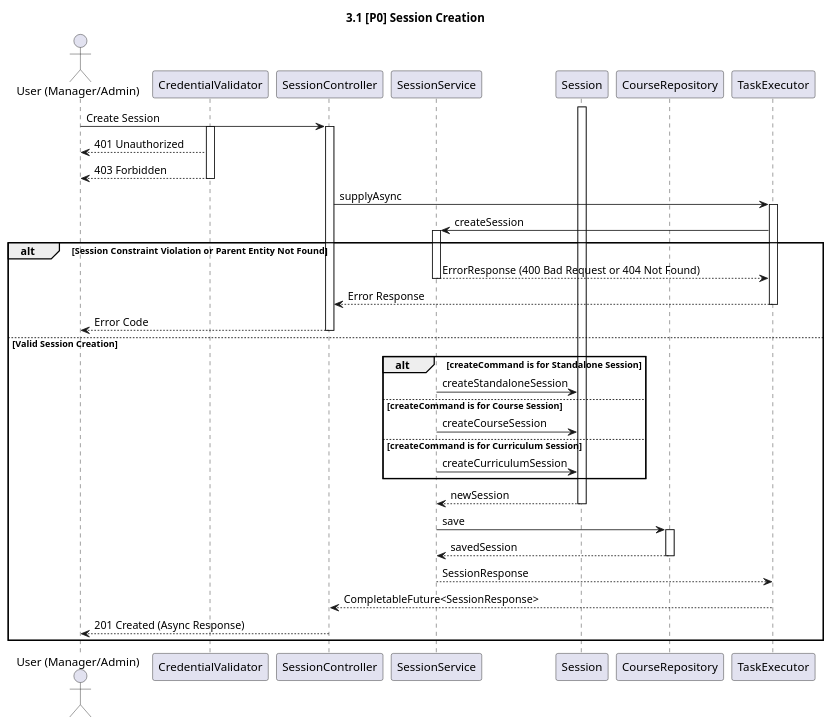
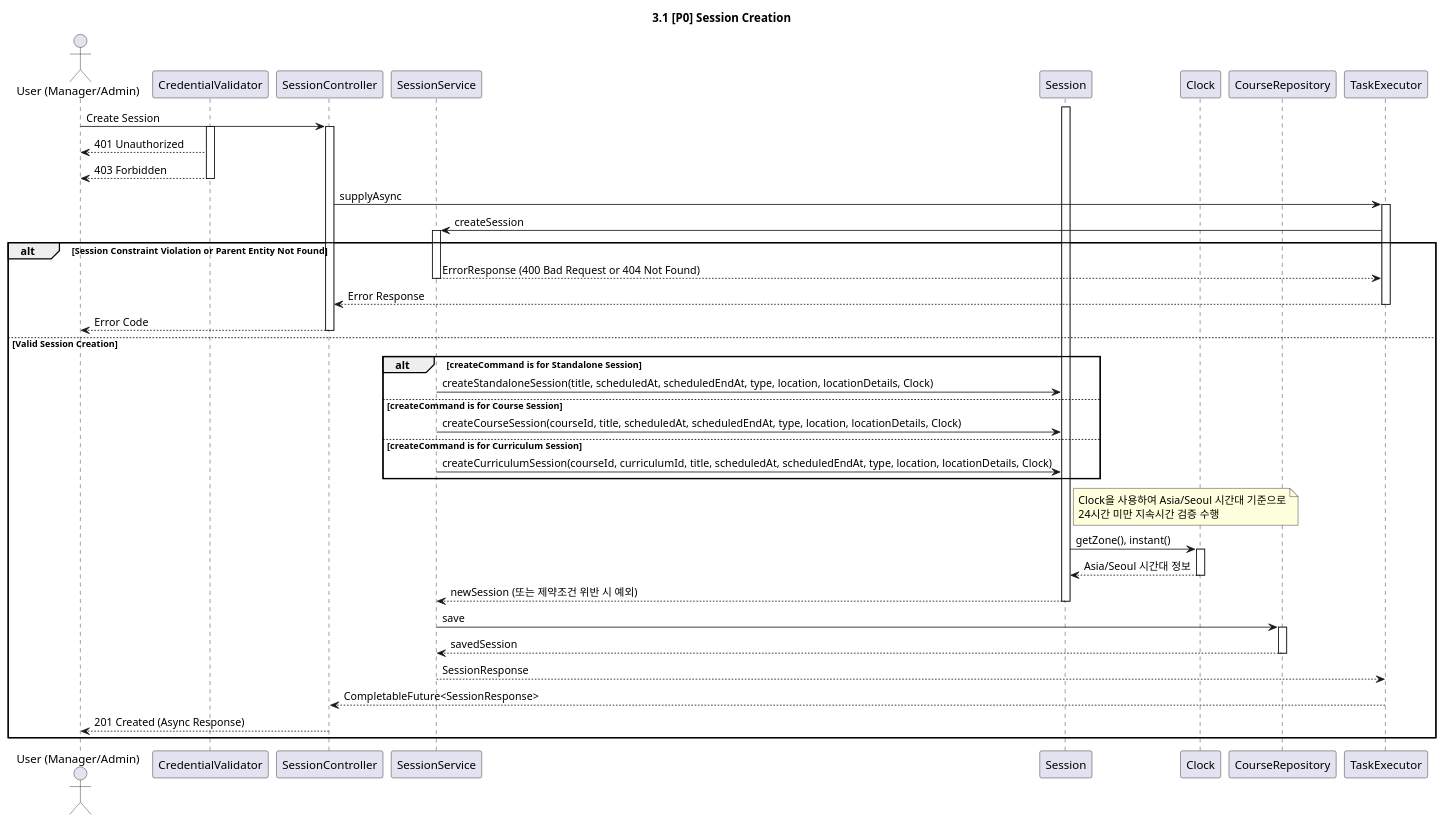
One commit to f-lab-edu/learning-manager changed the diagram in docs/sequences/3.1_session_creation.puml. Above: the diagram before and after it, drawn with PlantUML. The commit also changed 14 other files, not shown here.

```diff
--- a/docs/sequences/3.1_session_creation.puml
+++ b/docs/sequences/3.1_session_creation.puml
@@ -1,61 +1,73 @@
 @startuml
 
 title 3.1 [P0] Session Creation
 
 actor "User (Manager/Admin)" as User
 participant "CredentialValidator" as Validator
 participant "SessionController" as Controller
 participant "SessionService" as AppService
 participant "Session" as SessionDomain
+participant "Clock" as Clock
 participant "CourseRepository" as Repository
 participant "TaskExecutor" as TaskExecutor
 
 User -> Controller: Create Session
 activate Validator
 activate Controller
 Validator --> User: 401 Unauthorized
 Validator --> User: 403 Forbidden
 deactivate Validator
 
 Controller -> TaskExecutor: supplyAsync
 activate TaskExecutor
 
 TaskExecutor -> AppService: createSession
 activate AppService
 alt Session Constraint Violation or Parent Entity Not Found
     AppService --> TaskExecutor: ErrorResponse (400 Bad Request or 404 Not Found)
     deactivate AppService
     TaskExecutor --> Controller: Error Response
     deactivate TaskExecutor
     Controller --> User: Error Code
     deactivate Controller
 else Valid Session Creation
 
 alt createCommand is for Standalone Session
-    AppService -> SessionDomain: createStandaloneSession
+    AppService -> SessionDomain: createStandaloneSession(title, scheduledAt, scheduledEndAt, type, location, locationDetails, Clock)
 else createCommand is for Course Session
-    AppService -> SessionDomain: createCourseSession
+    AppService -> SessionDomain: createCourseSession(courseId, title, scheduledAt, scheduledEndAt, type, location, locationDetails, Clock)
 else createCommand is for Curriculum Session
-    AppService -> SessionDomain: createCurriculumSession
+    AppService -> SessionDomain: createCurriculumSession(courseId, curriculumId, title, scheduledAt, scheduledEndAt, type, location, locationDetails, Clock)
 end
 activate SessionDomain
-SessionDomain --> AppService: newSession
+
+note right of SessionDomain
+  Clock을 사용하여 Asia/Seoul 시간대 기준으로
+  24시간 미만 지속시간 검증 수행
+end note
+
+SessionDomain -> Clock: getZone(), instant()
+activate Clock
+Clock --> SessionDomain: Asia/Seoul 시간대 정보
+deactivate Clock
+
+SessionDomain --> AppService: newSession (또는 제약조건 위반 시 예외)
 deactivate SessionDomain
 
 AppService -> Repository: save
 activate Repository
 Repository --> AppService: savedSession
 deactivate Repository
 
 AppService --> TaskExecutor: SessionResponse
 deactivate AppService
 
 TaskExecutor --> Controller: CompletableFuture<SessionResponse>
 deactivate TaskExecutor
 
 Controller --> User: 201 Created (Async Response)
 deactivate Controller
 
 end
 
 @enduml
```
